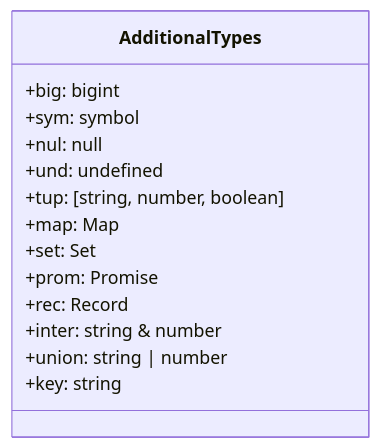
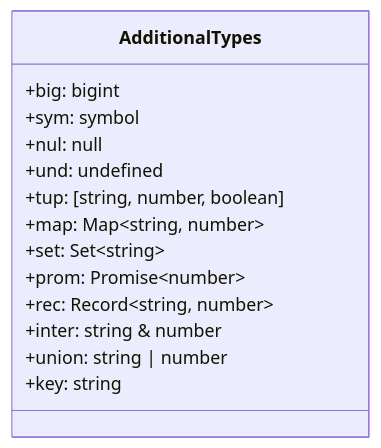
One commit to kothar/zod-mermaid changed diagram 15 of 19 in examples/mermaid-examples.md. Above: the diagram before and after it, drawn with Mermaid. The commit also changed other lines of this file and 21 other files, not shown here.

Commit message:
fix: correct Mermaid syntax and expand Zod type support (#5)

````diff
--- a/examples/mermaid-examples.md
+++ b/examples/mermaid-examples.md
@@ -523,17 +539,17 @@
 ```mermaid
 classDiagram
     class AdditionalTypes {
         +big: bigint
         +sym: symbol
         +nul: null
         +und: undefined
         +tup: [string, number, boolean]
-        +map: Map<string, number>
-        +set: Set<string>
-        +prom: Promise<number>
-        +rec: Record<string, number>
-        +inter: string & number
+        +map: Map&lt;string, number&gt;
+        +set: Set&lt;string&gt;
+        +prom: Promise&lt;number&gt;
+        +rec: Record&lt;string, number&gt;
+        +inter: string &amp; number
         +union: string | number
         +key: string
     }
 ```
````
